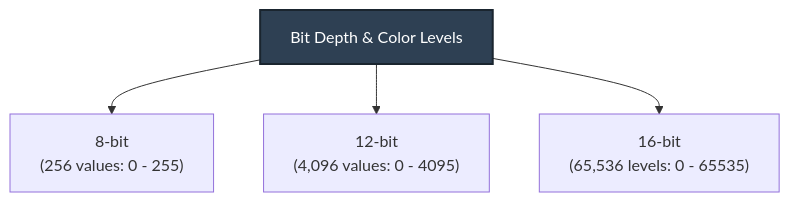
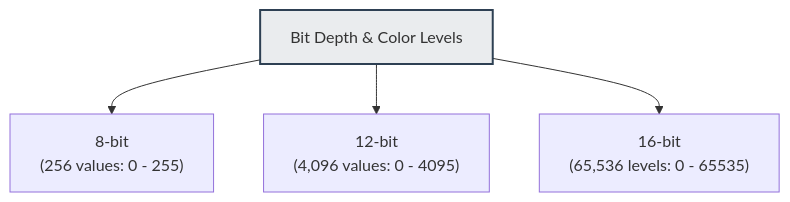
Before and after one commit to Rotten-Grapes-Pvt-Ltd/QGIS-WECS: the second of 2 diagrams in docs/day2/03_satellite_characteristics.md, drawn with Mermaid. The commit also changed other lines of this file and 4 other files, not shown here.

Commit message:
docs: correct mermaid diagram box styles to use light fill backgrounds for text readability

````diff
--- a/docs/day2/03_satellite_characteristics.md
+++ b/docs/day2/03_satellite_characteristics.md
@@ -123,8 +123,8 @@
 ```mermaid
 graph TD
     Bit["Bit Depth & Color Levels"] --> B8["8-bit<br/>(256 values: 0 - 255)"]
     Bit --> B12["12-bit<br/>(4,096 values: 0 - 4095)"]
     Bit --> B16["16-bit<br/>(65,536 levels: 0 - 65535)"]
 
-    style Bit fill:#2e4053,color:#fff,stroke:#1a252f,stroke-width:2px
+    style Bit fill:#eaecee,stroke:#2e4053,stroke-width:2px
 ```
````
